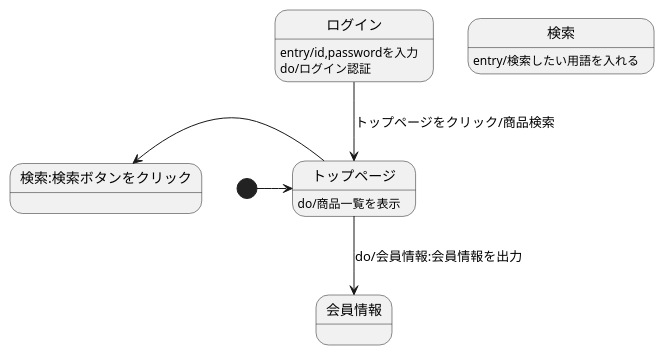
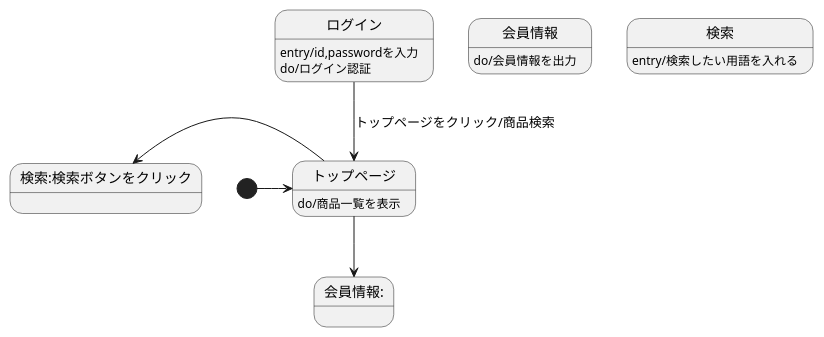
The diagram in 画面遷移図(original).md (Aso2001224/2021sys-design), drawn with PlantUML before and after one commit.

````diff
--- a/画面遷移図(original).md
+++ b/画面遷移図(original).md
@@ -1,12 +1,13 @@
 ```uml
 @startuml
 [*]->トップページ
 トップページ:do/商品一覧を表示
 ログイン-->トップページ:トップページをクリック/商品検索
 ログイン:entry/id,passwordを入力
 ログイン:do/ログイン認証
-トップページ-->会員情報:do/会員情報:会員情報を出力
+トップページ-->会員情報:
+会員情報:do/会員情報を出力
 トップページ-left->検索:検索ボタンをクリック
 検索:entry/検索したい用語を入れる
 @enduml
 ```
````
